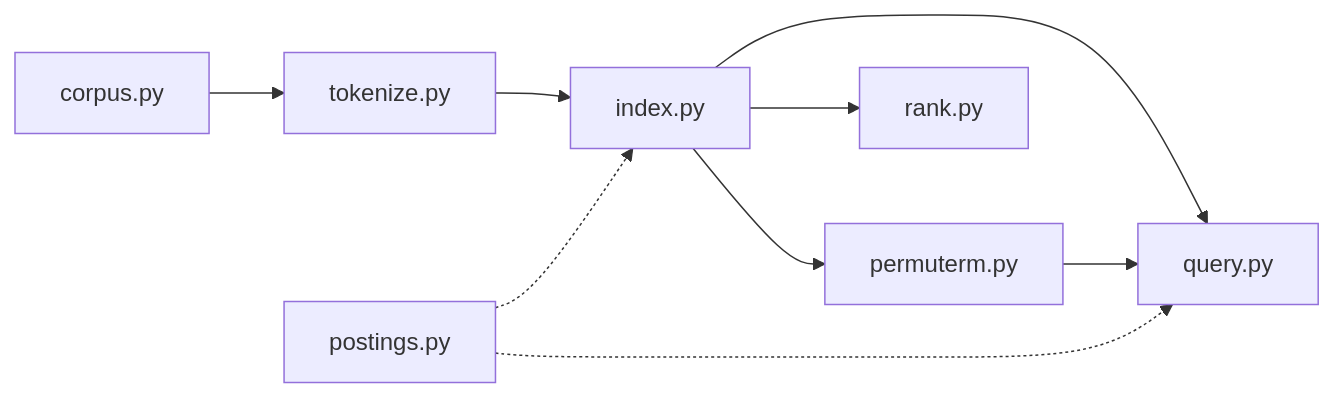
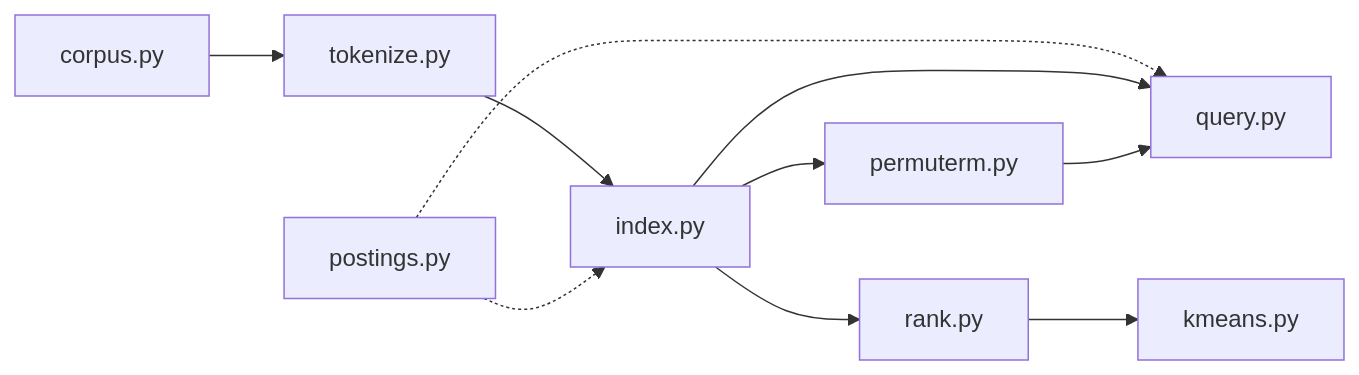
Before and after one commit to pussinsneakers/ConspiraSE: the diagram in README.md, drawn with Mermaid. The commit also changed other lines of this file and 9 other files, not shown here.

````diff
--- a/README.md
+++ b/README.md
@@ -52,11 +111,12 @@
 ```mermaid
 flowchart LR
     corpus["corpus.py"] --> tokenize["tokenize.py"]
     tokenize --> index["index.py"]
     postings["postings.py"] -.-> index
     postings -.-> query["query.py"]
     index --> query
     index --> rank["rank.py"]
     index --> permuterm["permuterm.py"]
     permuterm --> query
+    rank --> kmeans["kmeans.py"]
 ```
````
